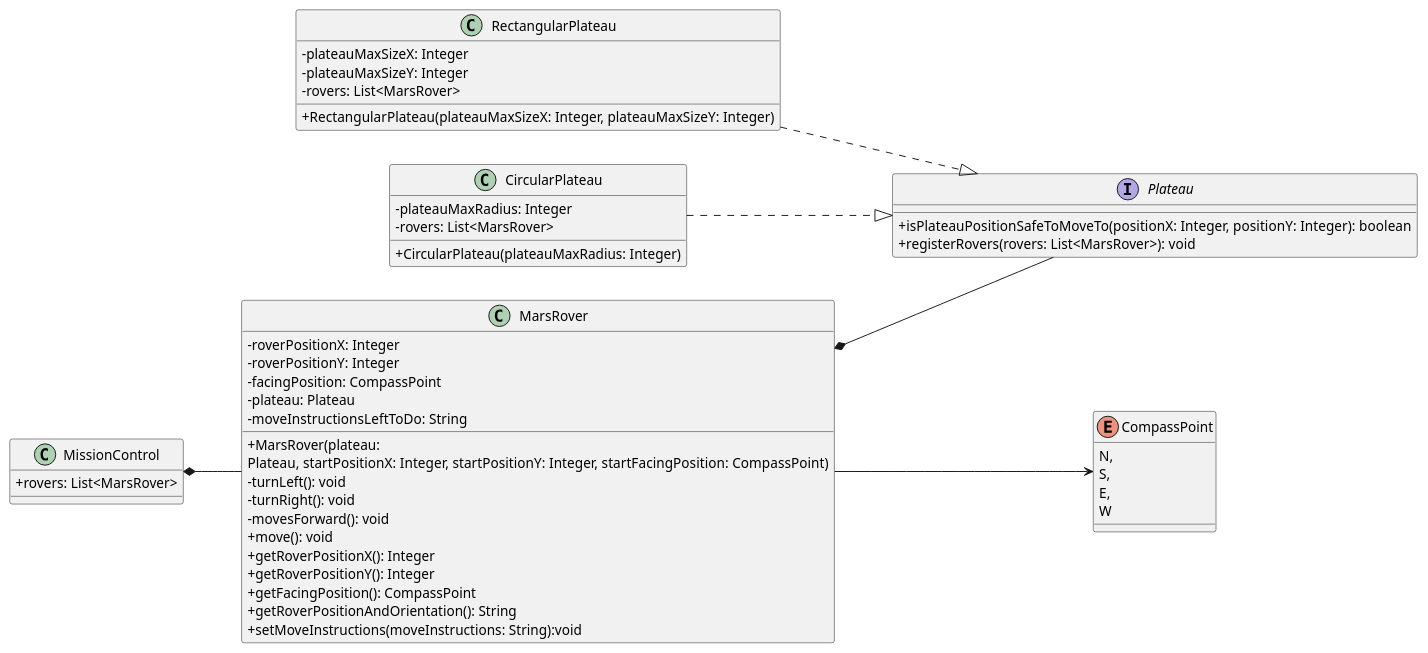
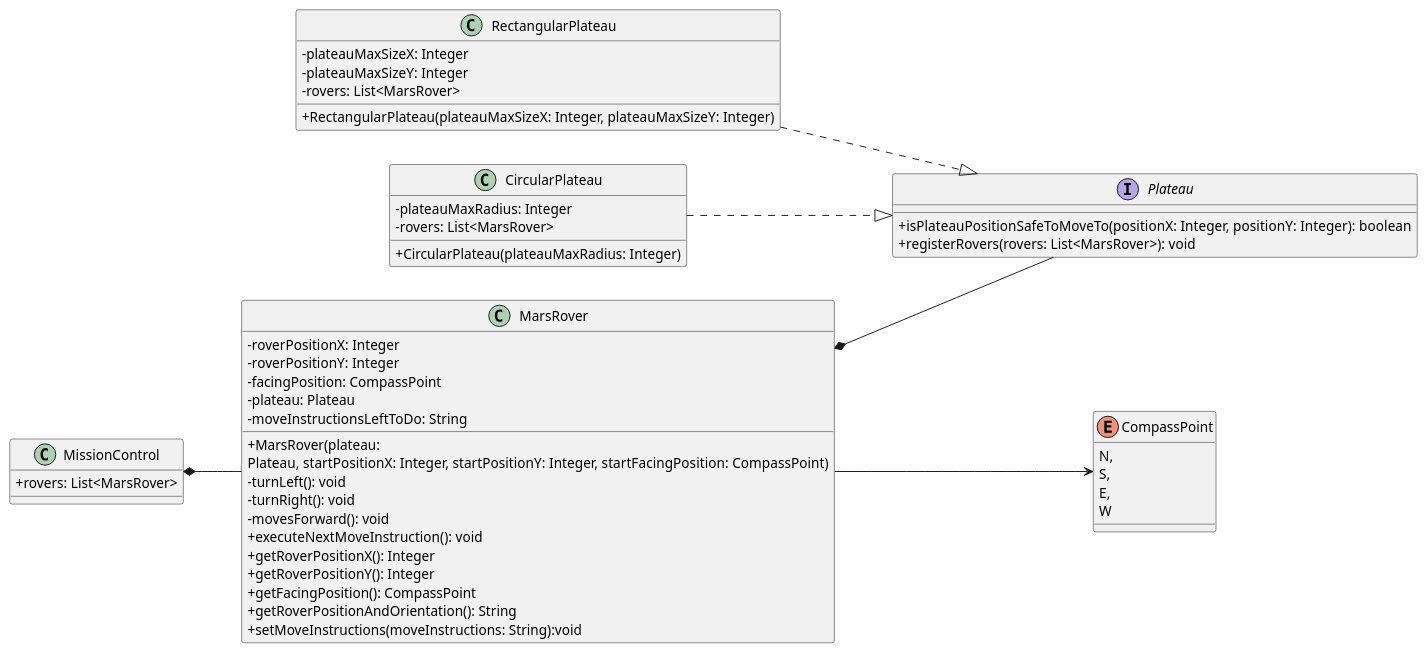
The diagram in docs/MarsRovers.puml (cleides/mars-rover), drawn with PlantUML before and after one commit. The commit also changed 4 other files, not shown here.

```diff
--- a/docs/MarsRovers.puml
+++ b/docs/MarsRovers.puml
@@ -1,66 +1,66 @@
 @startuml
 'https://plantuml.com/class-diagram
 skinparam classAttributeIconSize 0
 
 left to right direction
 
 MarsRover --> CompassPoint
 MarsRover *-- Plateau
 MissionControl *-- MarsRover
 RectangularPlateau ..|> Plateau
 CircularPlateau ..|> Plateau
 
 class MissionControl {
 +rovers: List<MarsRover>
 
 }
 
 class MarsRover {
 -roverPositionX: Integer
 -roverPositionY: Integer
 -facingPosition: CompassPoint
 -plateau: Plateau
 -moveInstructionsLeftToDo: String
 
 +MarsRover(plateau:
 Plateau, startPositionX: Integer, startPositionY: Integer, startFacingPosition: CompassPoint)
 -turnLeft(): void
 -turnRight(): void
 -movesForward(): void
-+move(): void
++executeNextMoveInstruction(): void
 +getRoverPositionX(): Integer
 +getRoverPositionY(): Integer
 +getFacingPosition(): CompassPoint
 +getRoverPositionAndOrientation(): String
 +setMoveInstructions(moveInstructions: String):void
 }
 
 Interface Plateau {
 +isPlateauPositionSafeToMoveTo(positionX: Integer, positionY: Integer): boolean
 +registerRovers(rovers: List<MarsRover>): void
 }
 
 class RectangularPlateau {
 -plateauMaxSizeX: Integer
 -plateauMaxSizeY: Integer
 -rovers: List<MarsRover>
 'creating a constructor here to
 +RectangularPlateau(plateauMaxSizeX: Integer, plateauMaxSizeY: Integer)
 }
 
 class CircularPlateau {
 -plateauMaxRadius: Integer
 -rovers: List<MarsRover>
 'creating a constructor here to
 +CircularPlateau(plateauMaxRadius: Integer)
 }
 
 
 enum CompassPoint{
 N,
 S,
 E,
 W
 }
 
 @enduml
```
